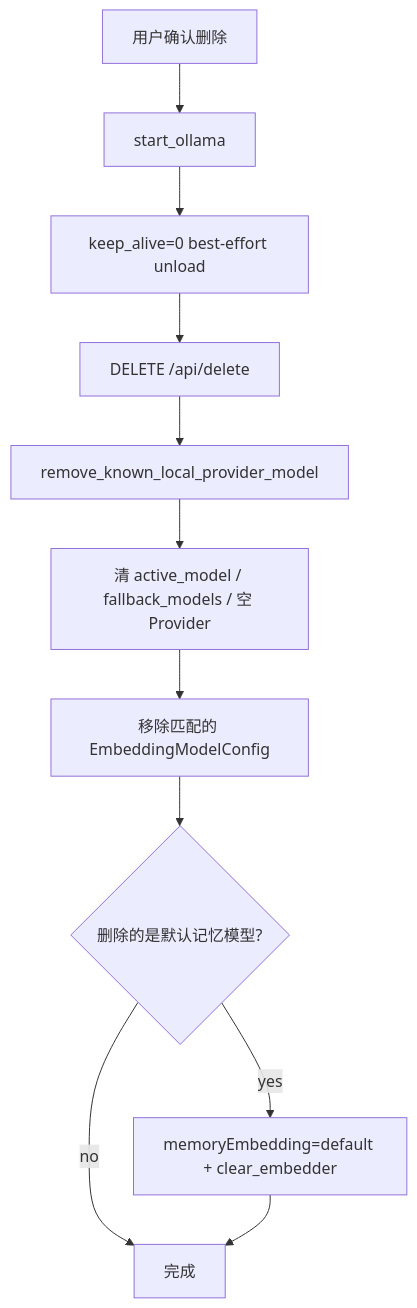
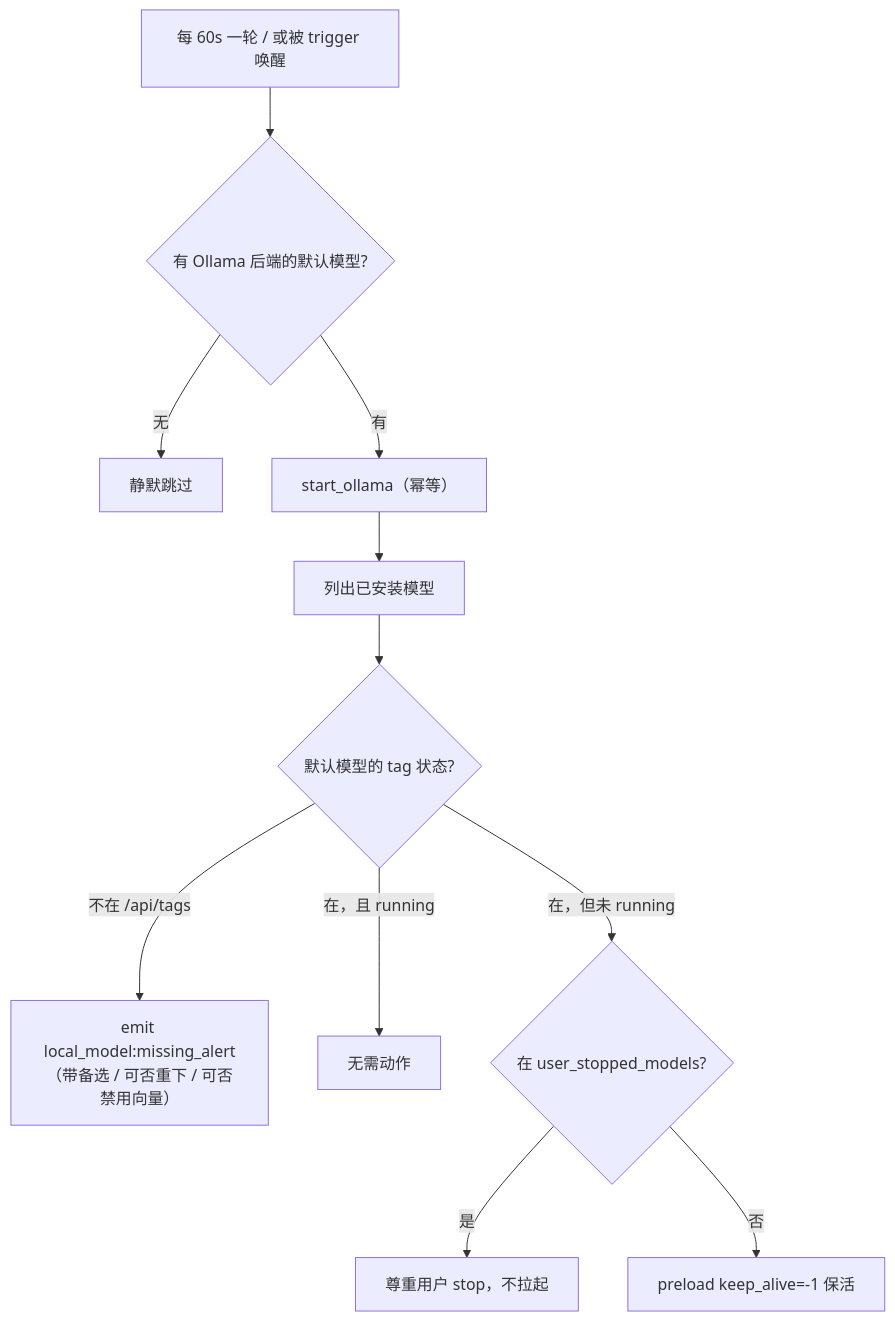
One commit to shiwenwen/hope-agent changed the eighth of 8 diagrams in docs/architecture/local-model-loading.md. Above: the diagram before and after it, drawn with Mermaid. The commit also changed other lines of this file and 11 other files, not shown here.

First line of the commit message:
🦭docs: 第四批 12 篇按新标准重做（local-model-loading/context-compact/automation-model/artifacts/agent-config/plan-mode/hooks/goal/knowledge-base/agent-team/subagent/domain-workflow）

````diff
--- a/docs/architecture/local-model-loading.md
+++ b/docs/architecture/local-model-loading.md
@@ -388,13 +433,13 @@
 ```mermaid
 flowchart TD
-  A["用户确认删除"] --> B["start_ollama"]
-  B --> C["keep_alive=0 best-effort unload"]
-  C --> D["DELETE /api/delete"]
-  D --> E["remove_known_local_provider_model"]
-  E --> F["清 active_model / fallback_models / 空 Provider"]
-  F --> G["移除匹配的 EmbeddingModelConfig"]
-  G --> H{"删除的是默认记忆模型?"}
-  H -- yes --> I["memoryEmbedding=default + clear_embedder"]
-  H -- no --> Done["完成"]
-  I --> Done
+  Tick["每 60s 一轮 / 或被 trigger 唤醒"] --> Cfg{"有 Ollama 后端的默认模型?"}
+  Cfg -- 无 --> Skip["静默跳过"]
+  Cfg -- 有 --> Up["start_ollama（幂等）"]
+  Up --> List["列出已安装模型"]
+  List --> Q{"默认模型的 tag 状态?"}
+  Q -- "不在 /api/tags" --> Alert["emit local_model:missing_alert<br/>（带备选 / 可否重下 / 可否禁用向量）"]
+  Q -- "在，且 running" --> Noop["无需动作"]
+  Q -- "在，但未 running" --> U{"在 user_stopped_models?"}
+  U -- 是 --> Respect["尊重用户 stop，不拉起"]
+  U -- 否 --> Preload["preload keep_alive=-1 保活"]
 ```
````
